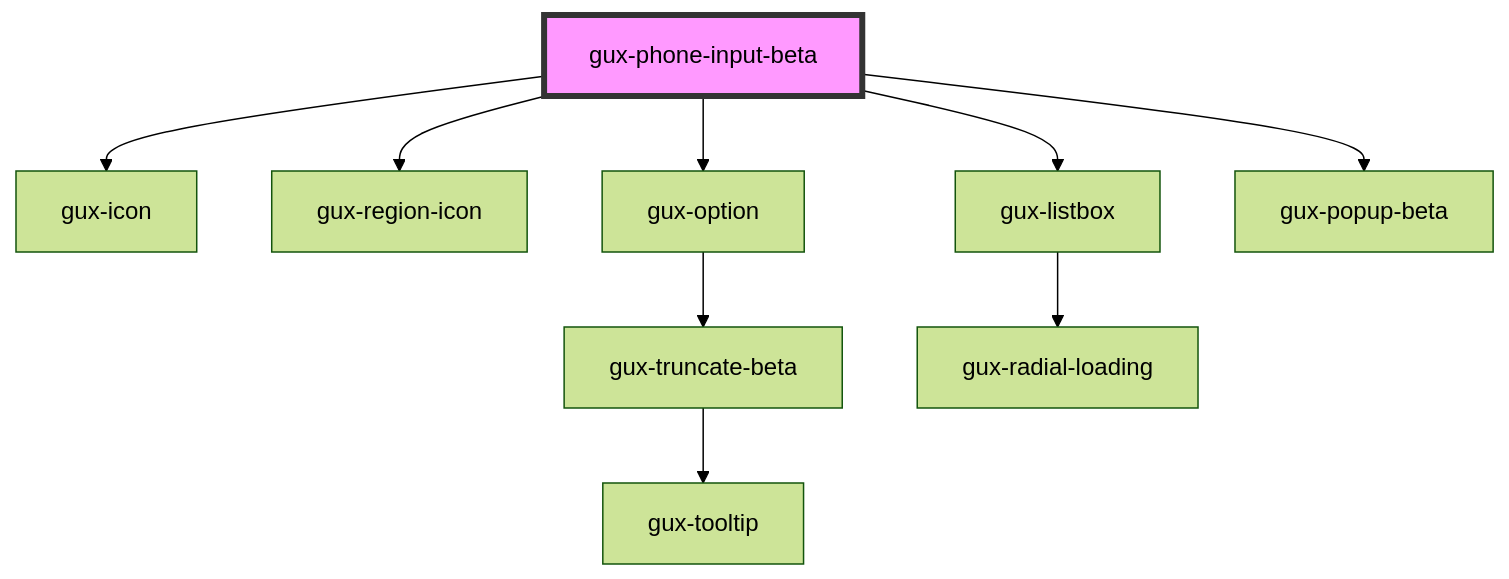
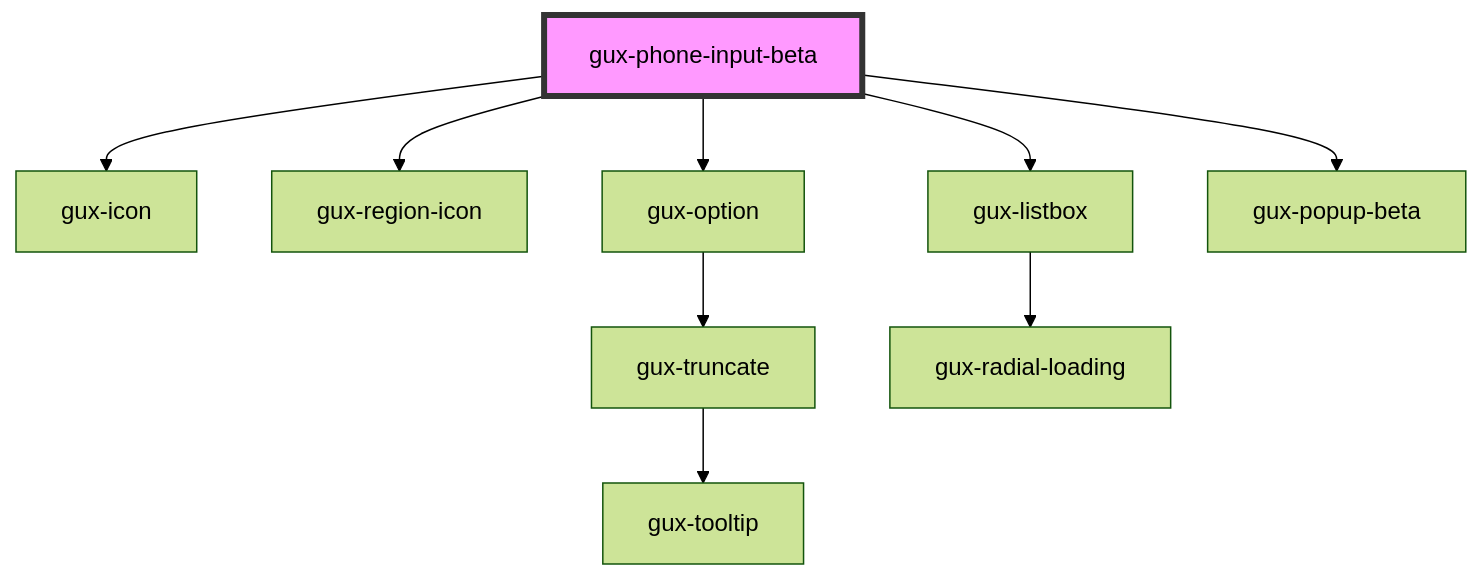
One commit to MyPureCloud/genesys-spark changed the diagram in packages/genesys-spark-components/src/components/beta/gux-phone-input/readme.md. Above: the diagram before and after it, drawn with Mermaid (forest theme). The commit also changed 39 other files, not shown here.

First line of the commit message:
refactor(truncate): move from beta to stable

````diff
--- a/packages/genesys-spark-components/src/components/beta/gux-phone-input/readme.md
+++ b/packages/genesys-spark-components/src/components/beta/gux-phone-input/readme.md
@@ -40,12 +40,12 @@
 ```mermaid
 graph TD;
   gux-phone-input-beta --> gux-icon
   gux-phone-input-beta --> gux-region-icon
   gux-phone-input-beta --> gux-option
   gux-phone-input-beta --> gux-listbox
   gux-phone-input-beta --> gux-popup-beta
-  gux-option --> gux-truncate-beta
-  gux-truncate-beta --> gux-tooltip
+  gux-option --> gux-truncate
+  gux-truncate --> gux-tooltip
   gux-listbox --> gux-radial-loading
   style gux-phone-input-beta fill:#f9f,stroke:#333,stroke-width:4px
 ```
````
